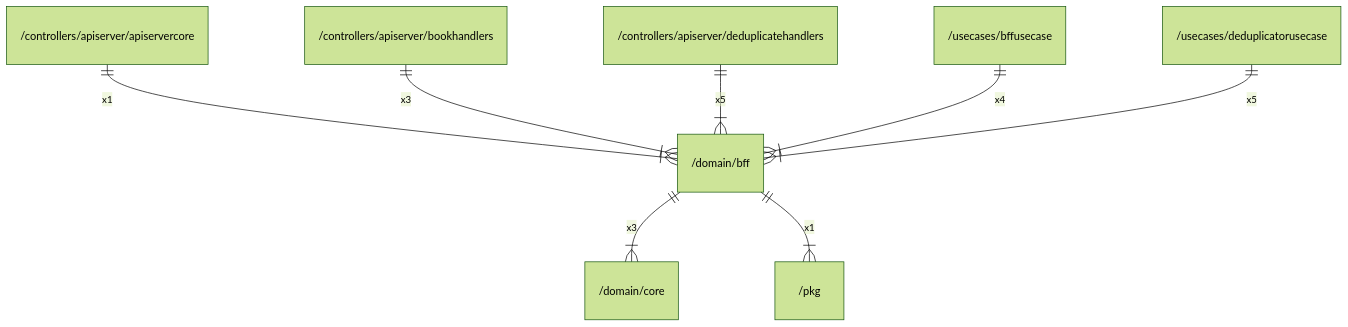
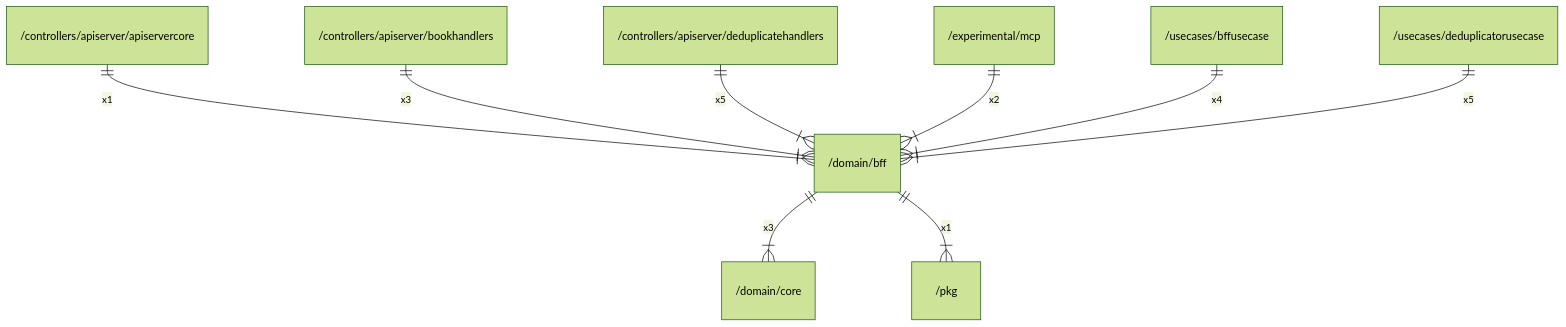
Before and after one commit to gbh007/hgraber-next: the diagram in docs/arch/domain/bff.md, drawn with Mermaid (forest theme). The commit also changed other lines of this file and 98 other files, not shown here.

````diff
--- a/docs/arch/domain/bff.md
+++ b/docs/arch/domain/bff.md
@@ -24,10 +37,11 @@
 ```mermaid
 erDiagram
     "/controllers/apiserver/apiservercore" ||--|{ "/domain/bff" : x1
     "/controllers/apiserver/bookhandlers" ||--|{ "/domain/bff" : x3
     "/controllers/apiserver/deduplicatehandlers" ||--|{ "/domain/bff" : x5
     "/domain/bff" ||--|{ "/domain/core" : x3
     "/domain/bff" ||--|{ "/pkg" : x1
+    "/experimental/mcp" ||--|{ "/domain/bff" : x2
     "/usecases/bffusecase" ||--|{ "/domain/bff" : x4
     "/usecases/deduplicatorusecase" ||--|{ "/domain/bff" : x5
 ```
````
